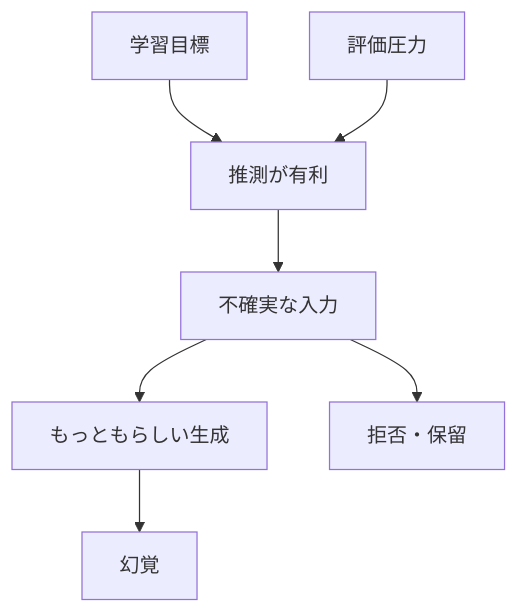
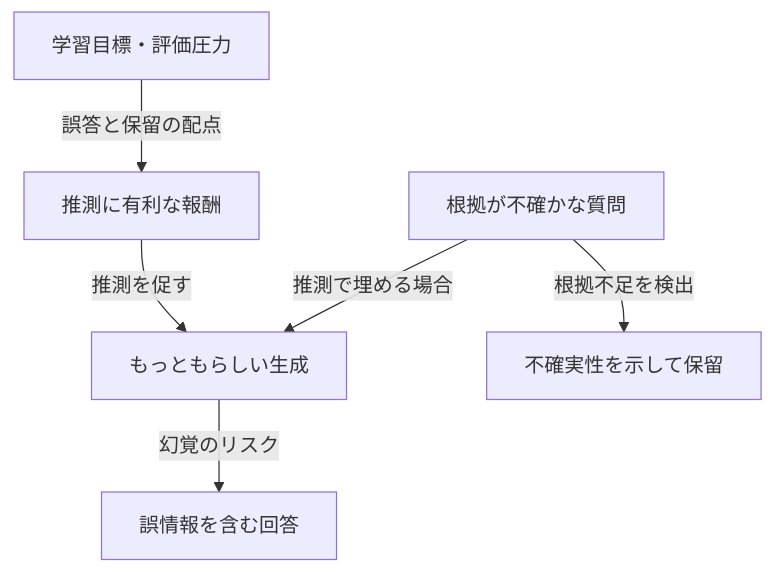
Before and after one commit to daylight55/research: the first of 2 diagrams in articles/report/llm-limitations-hallucination-evaluation/ja/index.mdx, drawn with Mermaid. The commit also changed other lines of this file and 181 other files, not shown here.

First line of the commit message:
全記事の図解368点を再生成し、共通注意書きを削除 (#402)

````diff
--- a/articles/report/llm-limitations-hallucination-evaluation/ja/index.mdx
+++ b/articles/report/llm-limitations-hallucination-evaluation/ja/index.mdx
@@ -40,9 +40,16 @@
 ```mermaid
 flowchart TD
-  A["学習目標"] --> B["推測が有利"]
-  C["評価圧力"] --> B
-  B --> D["不確実な入力"]
-  D --> E["もっともらしい生成"]
-  E --> F["幻覚"]
-  D --> G["拒否・保留"]
+  accTitle: 不確実な質問が推測回答へ流れる条件
+  accDescr: 学習目標と評価の圧力が推測を促す場合、もっともらしい誤答が生じる。根拠が足りなければ保留する経路も設ける。
+  N0["学習目標・評価圧力"]
+  N1["推測に有利な報酬"]
+  N2["根拠が不確かな質問"]
+  N3["もっともらしい生成"]
+  N4["誤情報を含む回答"]
+  N5["不確実性を示して保留"]
+  N0 -->|誤答と保留の配点| N1
+  N1 -->|推測を促す| N3
+  N2 -->|推測で埋める場合| N3
+  N3 -->|幻覚のリスク| N4
+  N2 -->|根拠不足を検出| N5
 ```
````
